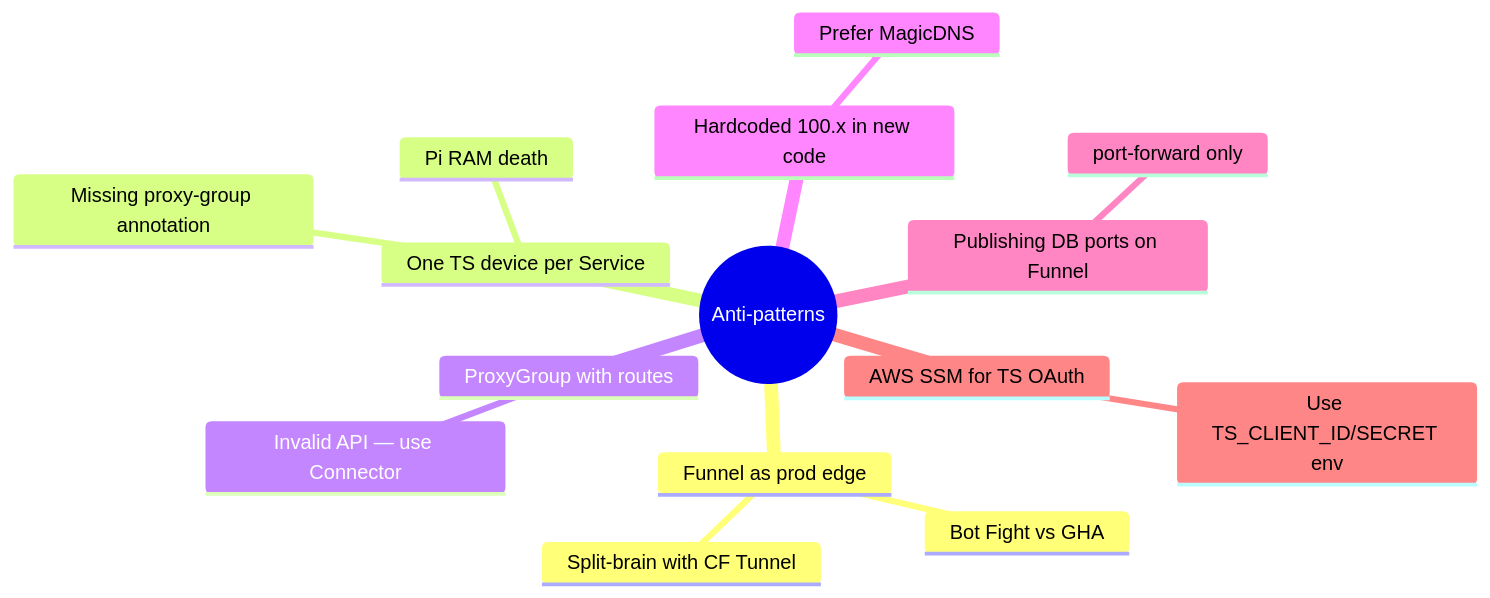
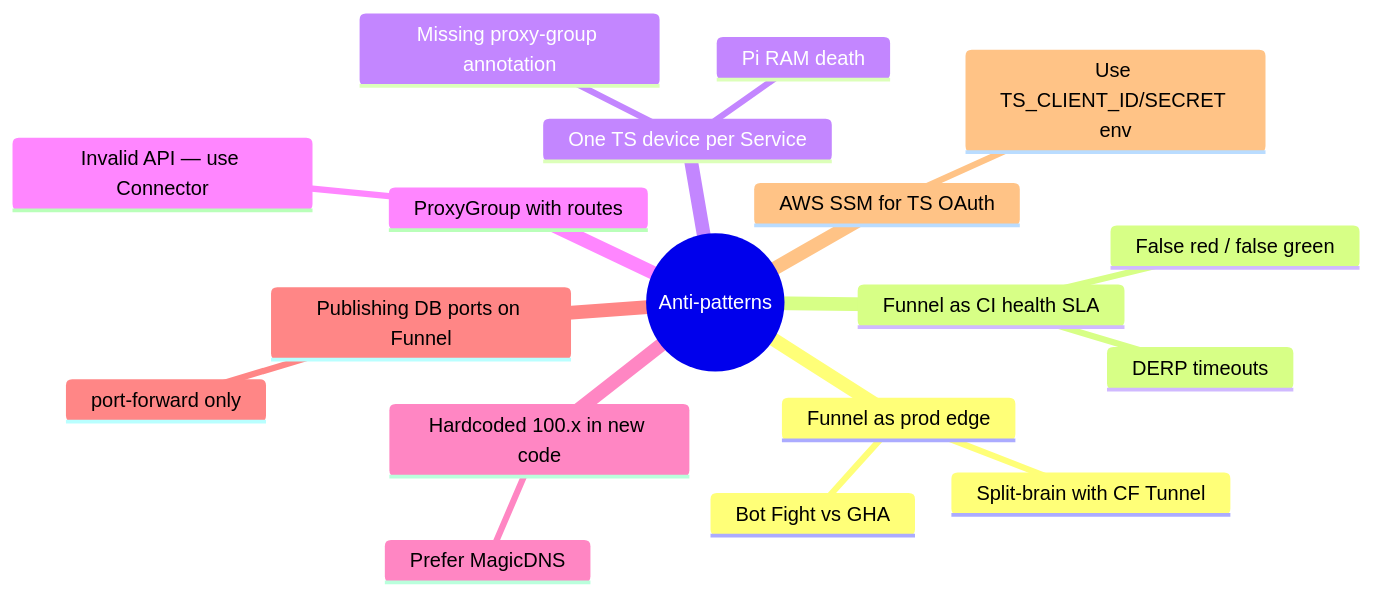
One commit to Themis128/cloudless.gr changed the tenth of 11 diagrams in docs/TAILSCALE-FABRIC.md. Above: the diagram before and after it, drawn with Mermaid. The commit also changed other lines of this file and 2 other files, not shown here.

First line of the commit message:
fix(ops): CI health fallback uses private Tailscale fabric, not Funnel

````diff
--- a/docs/TAILSCALE-FABRIC.md
+++ b/docs/TAILSCALE-FABRIC.md
@@ -275,18 +303,21 @@
 ```mermaid
 mindmap
   root((Anti-patterns))
     Funnel as prod edge
       Bot Fight vs GHA
       Split-brain with CF Tunnel
+    Funnel as CI health SLA
+      DERP timeouts
+      False red / false green
     One TS device per Service
       Missing proxy-group annotation
       Pi RAM death
     ProxyGroup with routes
       Invalid API — use Connector
     Hardcoded 100.x in new code
       Prefer MagicDNS
     Publishing DB ports on Funnel
       port-forward only
     AWS SSM for TS OAuth
       Use TS_CLIENT_ID/SECRET env
 ```
````
